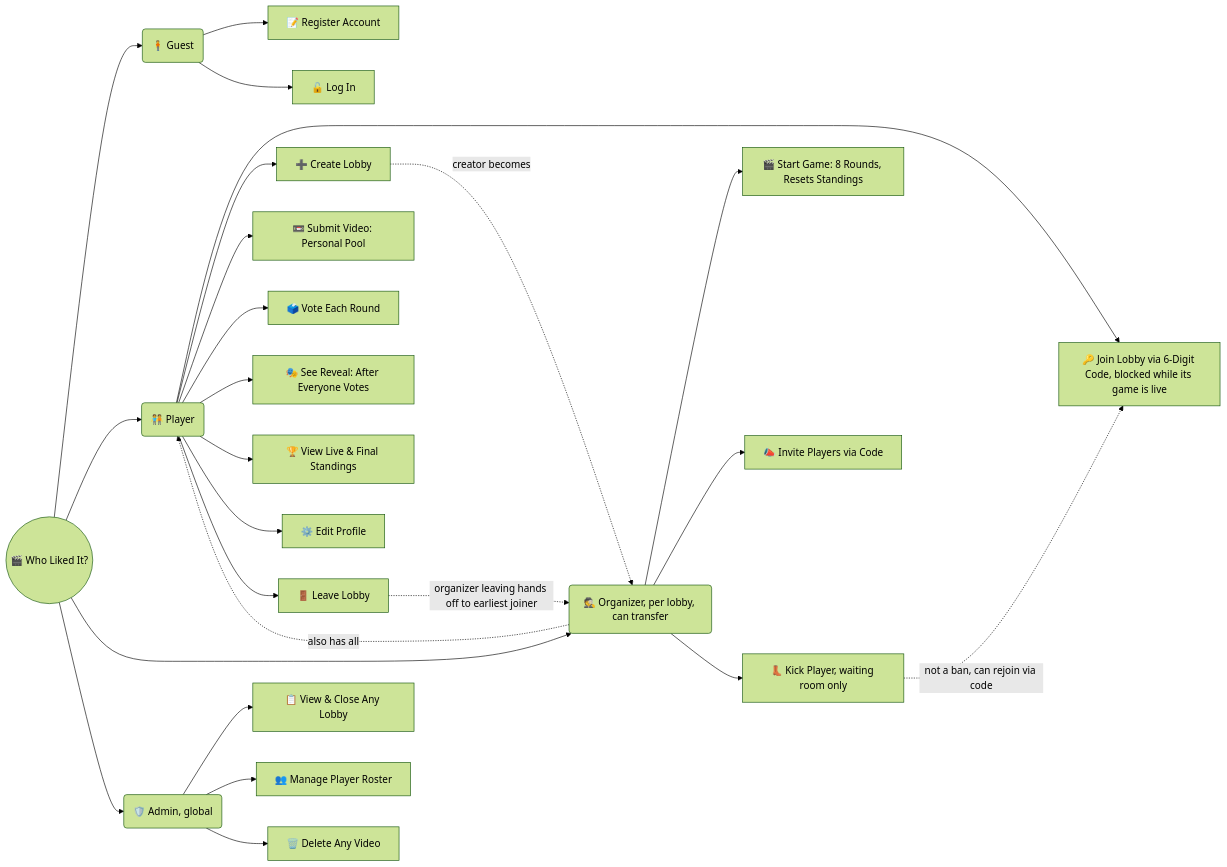
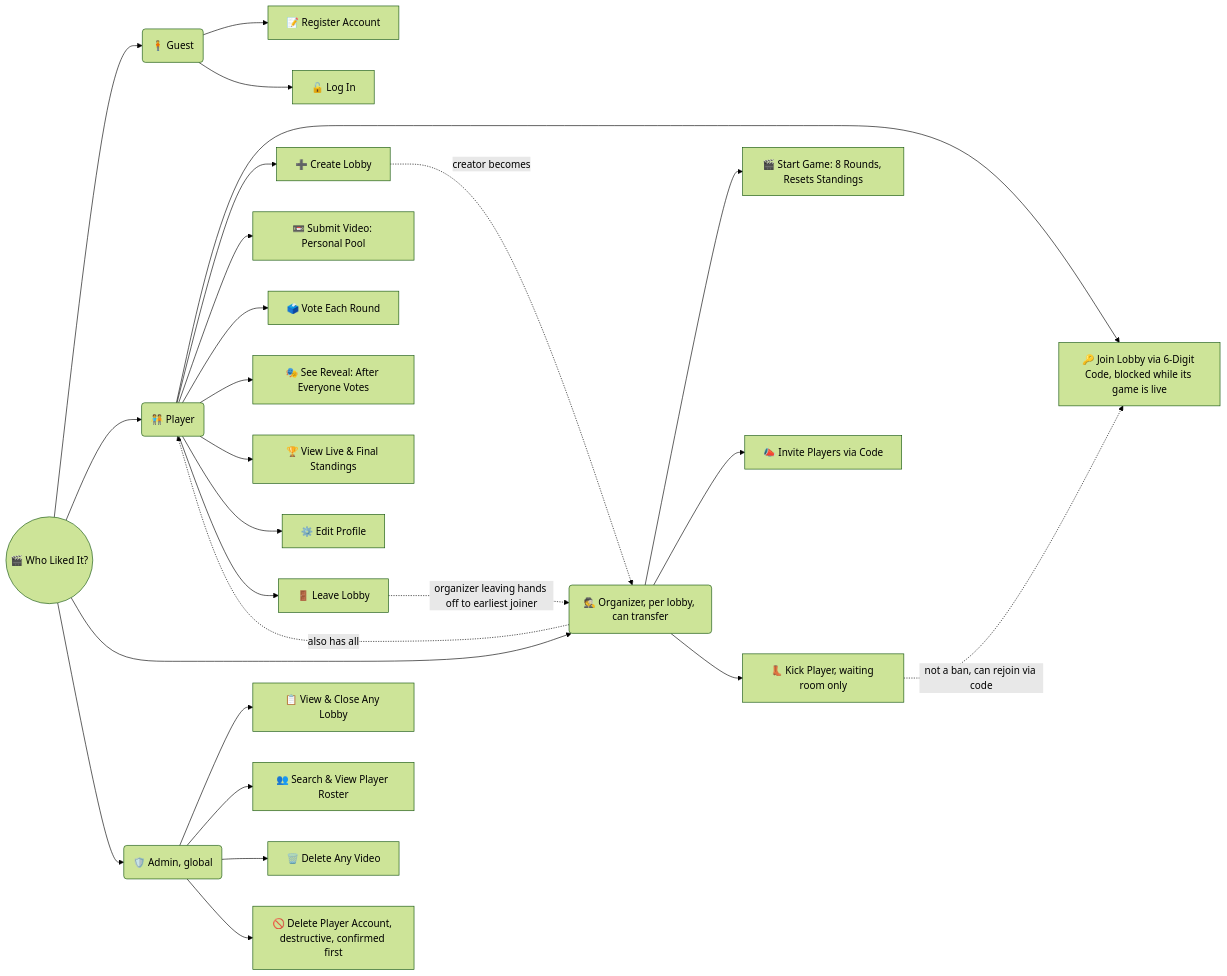
One commit to chrylox/who-liked-it changed the diagram in roles-use-cases-diagram.md. Above: the diagram before and after it, drawn with Mermaid (forest theme). The commit also changed other lines of this file and 2 other files, not shown here.

First line of the commit message:
Reconcile handoff and use-case diagram, fix several stale/contradictory claims

````diff
--- a/roles-use-cases-diagram.md
+++ b/roles-use-cases-diagram.md
@@ -1,32 +1,33 @@
 ```mermaid
 graph LR
   Root((🎬 Who Liked It?))
 
   Root --> Guest(🧍 Guest)
   Guest --> G1[📝 Register Account]
   Guest --> G2[🔓 Log In]
 
   Root --> Player(🧑‍🤝‍🧑 Player)
   Player --> P1[🔑 Join Lobby via 6-Digit Code, blocked while its game is live]
   Player --> P2[➕ Create Lobby]
   Player --> P3[📼 Submit Video: Personal Pool]
   Player --> P4[🗳️ Vote Each Round]
   Player --> P5[🎭 See Reveal: After Everyone Votes]
   Player --> P6[🏆 View Live &amp; Final Standings]
   Player --> P7[⚙️ Edit Profile]
   Player --> P8[🚪 Leave Lobby]
 
   Root --> Organizer(🕵️ Organizer, per lobby, can transfer)
   Organizer --> O1[🎬 Start Game: 8 Rounds, Resets Standings]
   Organizer --> O2[📣 Invite Players via Code]
   Organizer --> O3[👢 Kick Player, waiting room only]
   Organizer -.->|also has all| Player
   P2 -.->|creator becomes| Organizer
   P8 -.->|organizer leaving hands off to earliest joiner| Organizer
   O3 -.->|not a ban, can rejoin via code| P1
 
   Root --> Admin(🛡️ Admin, global)
   Admin --> A1[📋 View &amp; Close Any Lobby]
-  Admin --> A2[👥 Manage Player Roster]
+  Admin --> A2[👥 Search &amp; View Player Roster]
   Admin --> A3[🗑️ Delete Any Video]
+  Admin --> A4[🚫 Delete Player Account, destructive, confirmed first]
 ```
````
